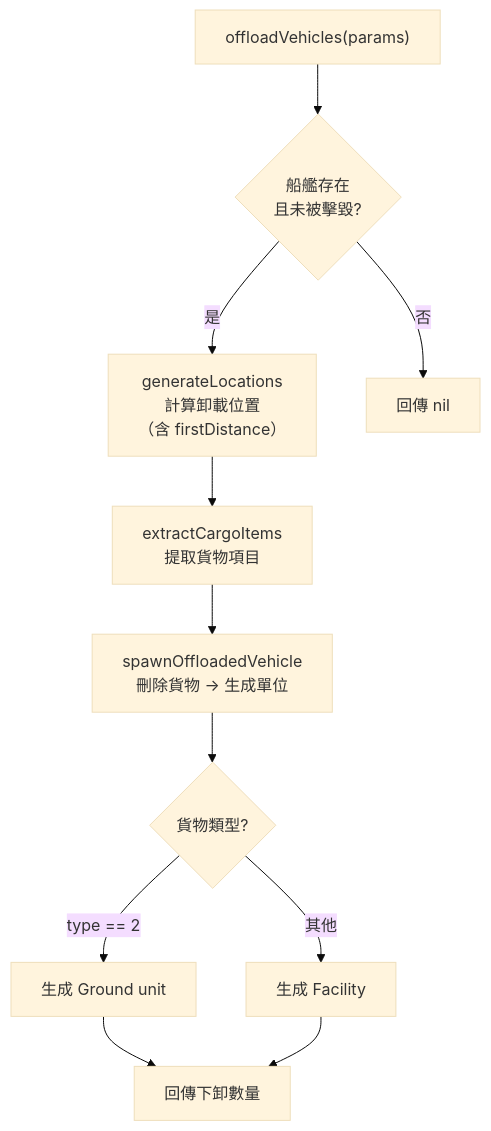
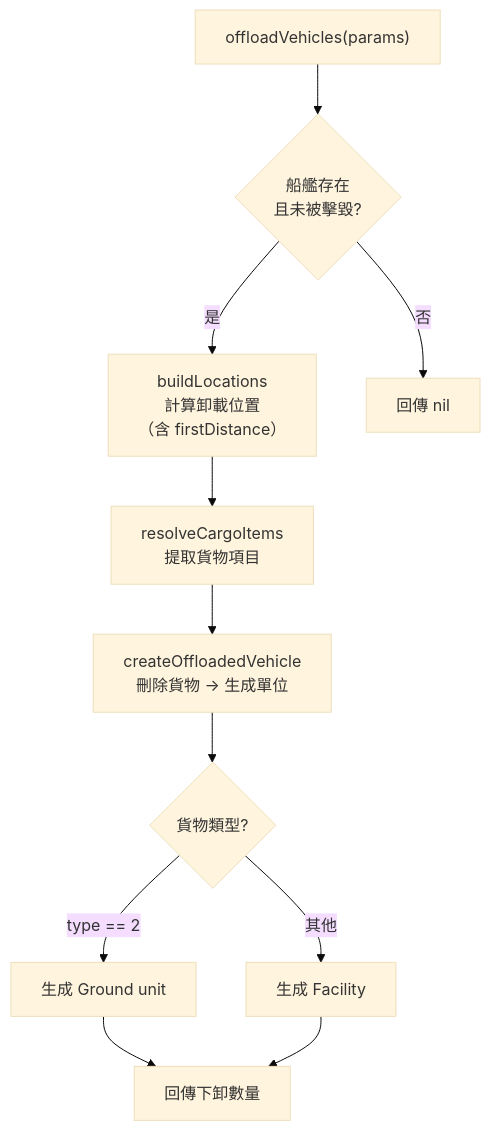
Before and after one commit to pullupjumper/formosa-in-flames: the fourth of 5 diagrams in docs/landingOps/secondWaveUnloading.md, drawn with Mermaid (base theme). The commit also changed 93 other files, not shown here.

````diff
--- a/docs/landingOps/secondWaveUnloading.md
+++ b/docs/landingOps/secondWaveUnloading.md
@@ -103,20 +103,20 @@
 ```mermaid
 flowchart TD
     START["offloadVehicles(params)"]
     CHECK{船艦存在<br>且未被擊毀?}
-    LOCS["generateLocations<br>計算卸載位置<br>（含 firstDistance）"]
-    EXTRACT["extractCargoItems<br>提取貨物項目"]
-    SPAWN["spawnOffloadedVehicle<br>刪除貨物 → 生成單位"]
+    LOCS["buildLocations<br>計算卸載位置<br>（含 firstDistance）"]
+    EXTRACT["resolveCargoItems<br>提取貨物項目"]
+    SPAWN["createOffloadedVehicle<br>刪除貨物 → 生成單位"]
     TYPE{貨物類型?}
     GROUND["生成 Ground unit"]
     FACILITY["生成 Facility"]
     COUNT["回傳下卸數量"]
 
     START --> CHECK
     CHECK -->|否| NIL["回傳 nil"]
     CHECK -->|是| LOCS --> EXTRACT --> SPAWN --> TYPE
     TYPE -->|"type == 2"| GROUND
     TYPE -->|"其他"| FACILITY
     GROUND --> COUNT
     FACILITY --> COUNT
 ```
````
